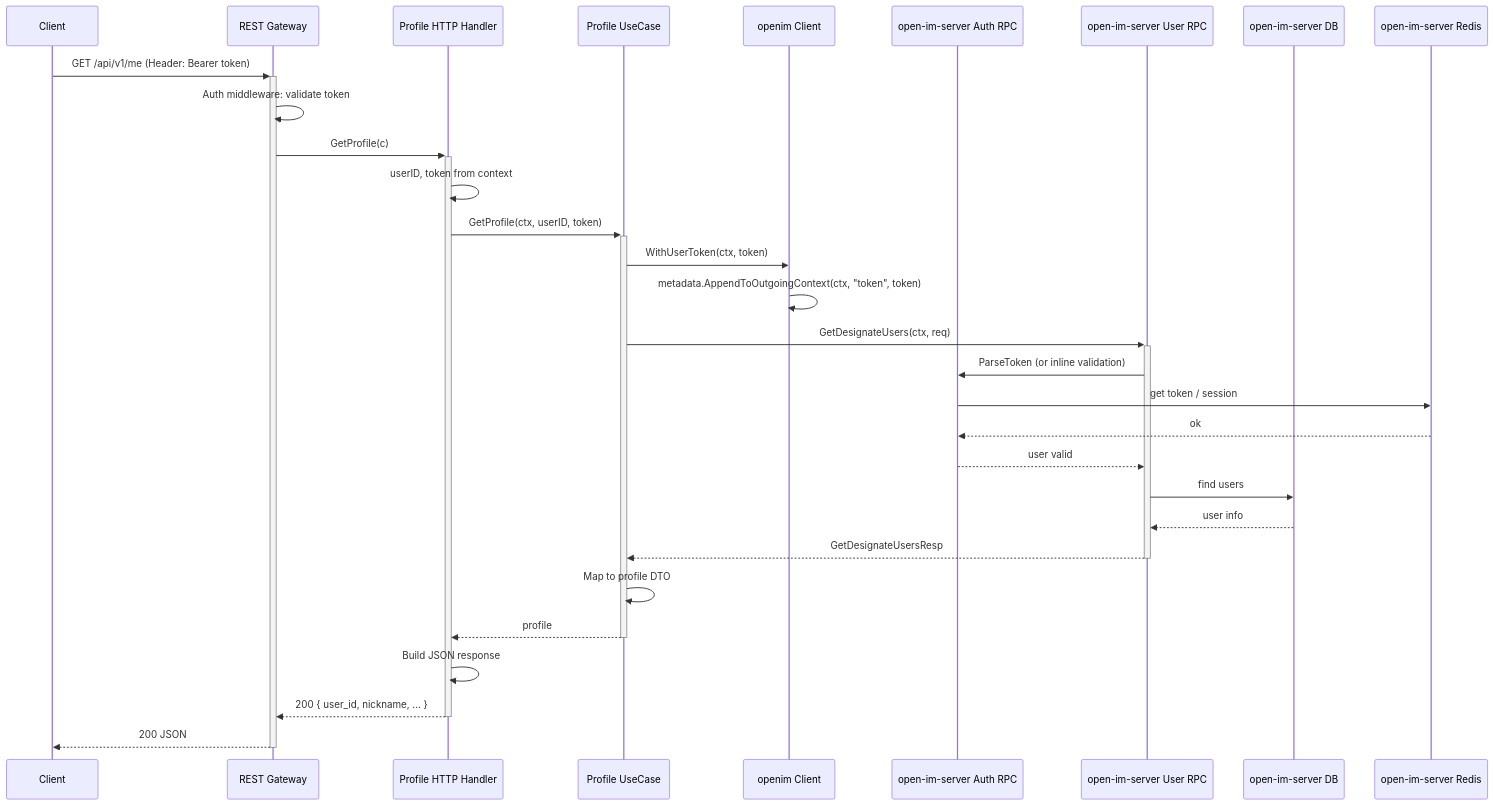
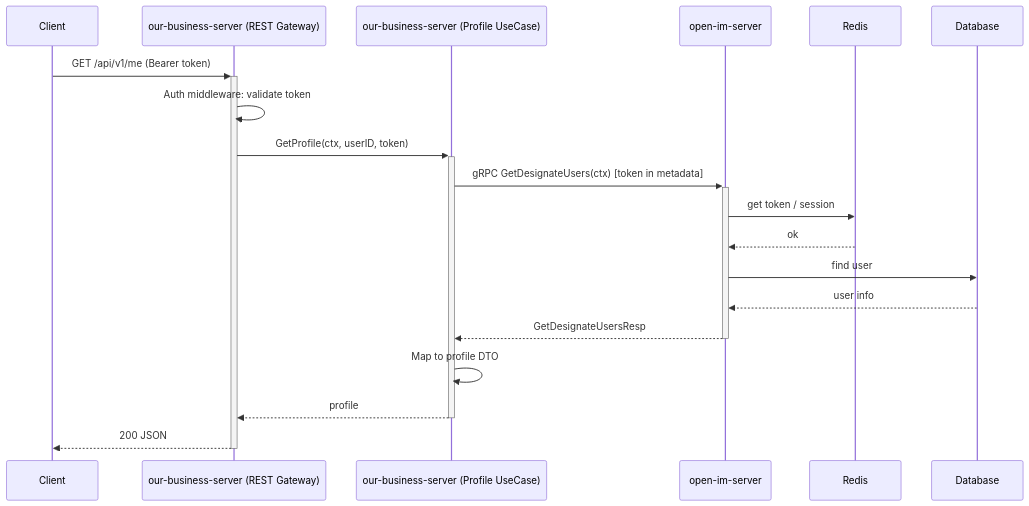
Before and after one commit to Personal-OpenIM/open-im-dev-doc: the first of 2 diagrams in integration-v2/BUSINESS_SERVER_DEVELOPER_GUIDE.md, drawn with Mermaid. The commit also changed other lines of this file, not shown here.

Commit message:
doc: improved db

````diff
--- a/integration-v2/BUSINESS_SERVER_DEVELOPER_GUIDE.md
+++ b/integration-v2/BUSINESS_SERVER_DEVELOPER_GUIDE.md
@@ -1054,33 +1054,22 @@
 ```mermaid
 sequenceDiagram
     participant Client
-    participant REST as REST Gateway
-    participant ProfileHandler as Profile HTTP Handler
-    participant ProfileUC as Profile UseCase
-    participant OpenIMClient as openim Client
-    participant OpenIMAuth as open-im-server Auth RPC
-    participant OpenIMUser as open-im-server User RPC
-    participant OpenIMDB as open-im-server DB
-    participant OpenIMRedis as open-im-server Redis
+    participant BizGateway as our-business-server (REST Gateway)
+    participant BizService as our-business-server (Profile UseCase)
+    participant OpenIM as open-im-server
+    participant Redis as Redis
+    participant DB as Database
 
-    Client->>+REST: GET /api/v1/me (Header: Bearer token)
-    REST->>REST: Auth middleware: validate token
-    REST->>+ProfileHandler: GetProfile(c)
-    ProfileHandler->>ProfileHandler: userID, token from context
-    ProfileHandler->>+ProfileUC: GetProfile(ctx, userID, token)
-    ProfileUC->>OpenIMClient: WithUserToken(ctx, token)
-    OpenIMClient->>OpenIMClient: metadata.AppendToOutgoingContext(ctx, "token", token)
-    ProfileUC->>+OpenIMUser: GetDesignateUsers(ctx, req)
-    OpenIMUser->>OpenIMAuth: ParseToken (or inline validation)
-    OpenIMAuth->>OpenIMRedis: get token / session
-    OpenIMRedis-->>OpenIMAuth: ok
-    OpenIMAuth-->>OpenIMUser: user valid
-    OpenIMUser->>OpenIMDB: find users
-    OpenIMDB-->>OpenIMUser: user info
-    OpenIMUser-->>-ProfileUC: GetDesignateUsersResp
-    ProfileUC->>ProfileUC: Map to profile DTO
-    ProfileUC-->>-ProfileHandler: profile
-    ProfileHandler->>ProfileHandler: Build JSON response
-    ProfileHandler-->>-REST: 200 { user_id, nickname, ... }
-    REST-->>-Client: 200 JSON
+    Client->>+BizGateway: GET /api/v1/me (Bearer token)
+    BizGateway->>BizGateway: Auth middleware: validate token
+    BizGateway->>+BizService: GetProfile(ctx, userID, token)
+    BizService->>+OpenIM: gRPC GetDesignateUsers(ctx) [token in metadata]
+    OpenIM->>Redis: get token / session
+    Redis-->>OpenIM: ok
+    OpenIM->>DB: find user
+    DB-->>OpenIM: user info
+    OpenIM-->>-BizService: GetDesignateUsersResp
+    BizService->>BizService: Map to profile DTO
+    BizService-->>-BizGateway: profile
+    BizGateway-->>-Client: 200 JSON
 ```
````
